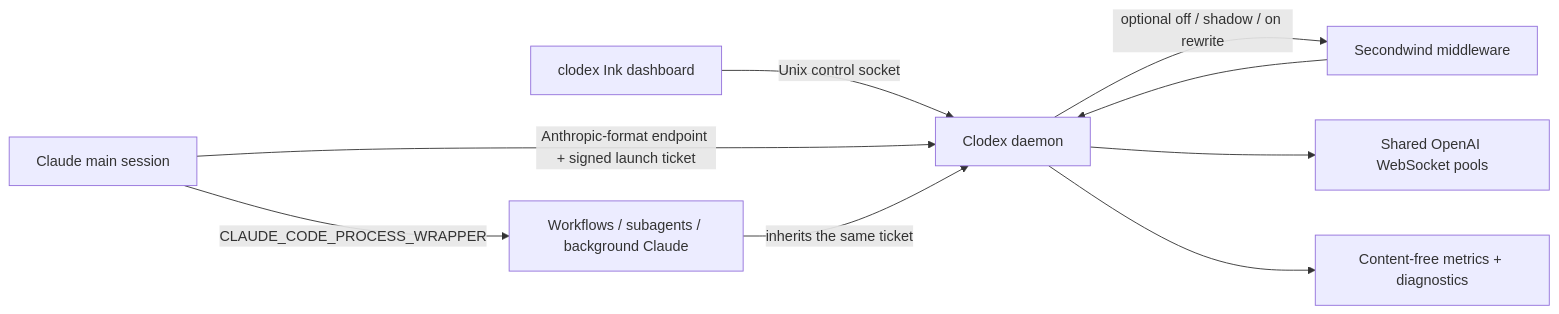
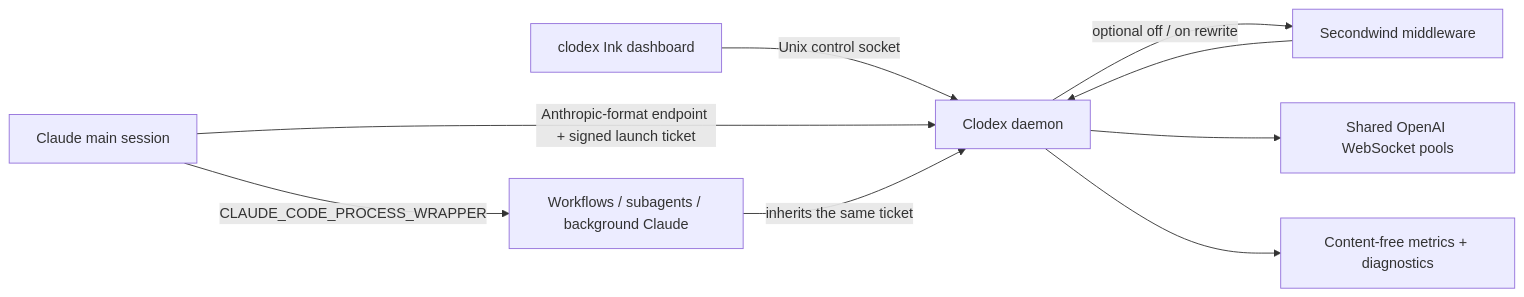
The diagram in docs/background-agents.md (cgasgarth/clodex), drawn with Mermaid before and after one commit. The commit also changed other lines of this file and 11 other files, not shown here.

Commit message:
refactor: remove Secondwind shadow mode

````diff
--- a/docs/background-agents.md
+++ b/docs/background-agents.md
@@ -10,11 +10,11 @@
 ```mermaid
 flowchart LR
   TUI["clodex Ink dashboard"] -->|"Unix control socket"| D["Clodex daemon"]
   MAIN["Claude main session"] -->|"Anthropic-format endpoint + signed launch ticket"| D
   MAIN -->|"CLAUDE_CODE_PROCESS_WRAPPER"| CHILD["Workflows / subagents / background Claude"]
   CHILD -->|"inherits the same ticket"| D
-  D -->|"optional off / shadow / on rewrite"| SW["Secondwind middleware"]
+  D -->|"optional off / on rewrite"| SW["Secondwind middleware"]
   SW --> D
   D --> WS["Shared OpenAI WebSocket pools"]
   D --> METRICS["Content-free metrics + diagnostics"]
 ```
````
